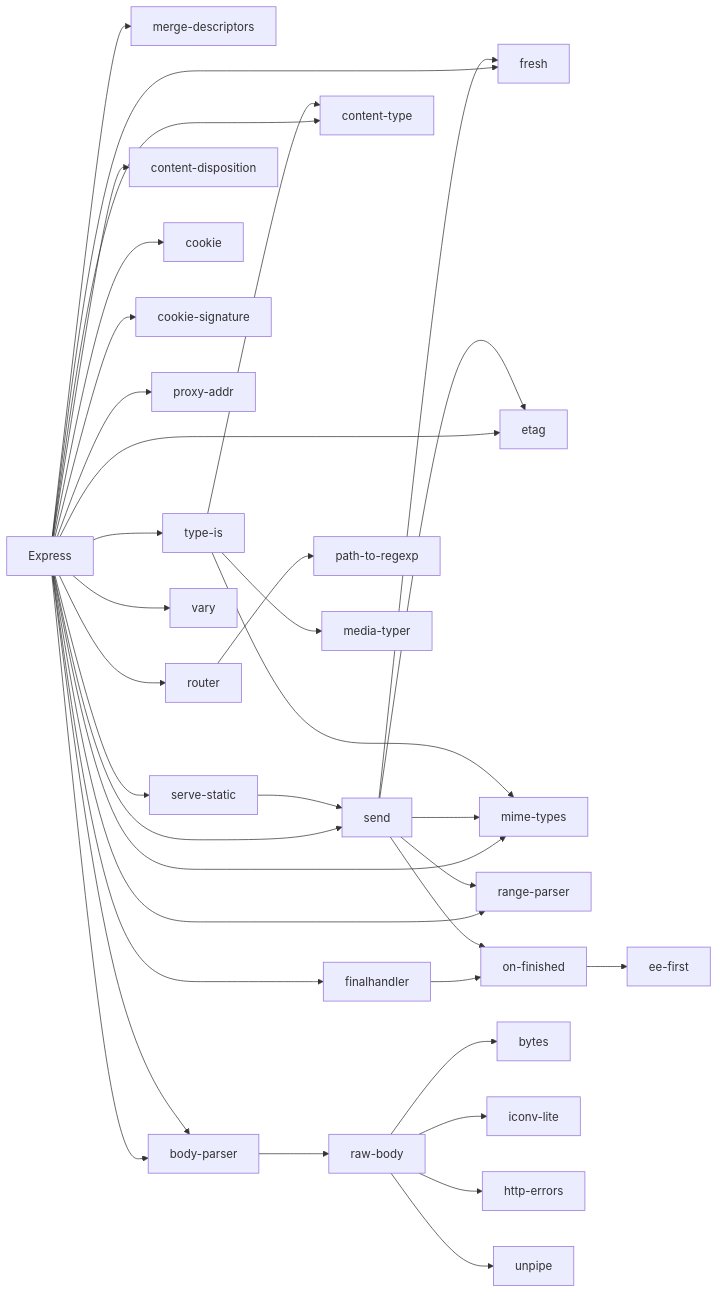
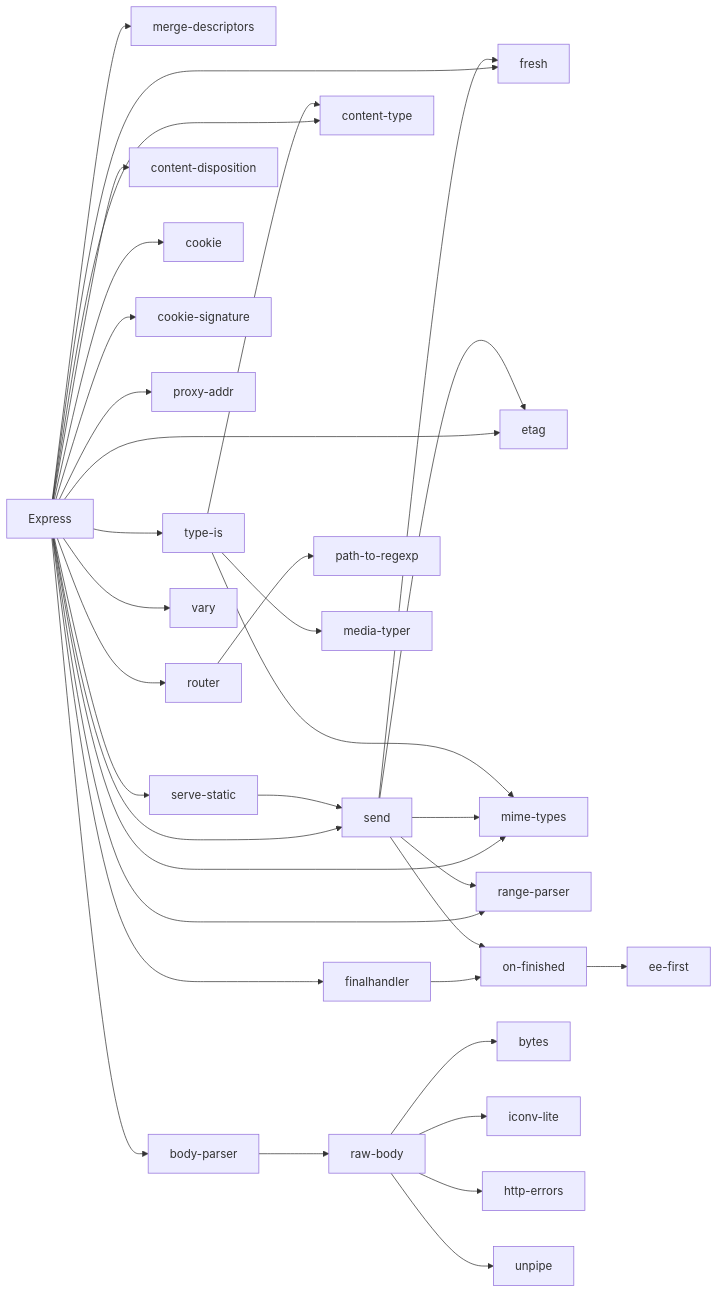
One commit to samuel871211/yusheng-tech-blog changed the first of 6 diagrams in docs/http/npm-http-chain-1.md. Above: the diagram before and after it, drawn with Mermaid.

Commit message:
remove duplicate chain

````diff
--- a/docs/http/npm-http-chain-1.md
+++ b/docs/http/npm-http-chain-1.md
@@ -10,44 +10,43 @@
 ```mermaid
 flowchart LR
     Express --> finalhandler
     Express --> merge-descriptors
     Express --> body-parser
     Express --> router
-    Express --> body-parser
     Express --> fresh
     Express --> content-type
     Express --> content-disposition
     Express --> cookie
     Express --> cookie-signature
     Express --> etag
     Express --> mime-types
     Express --> proxy-addr
     Express --> range-parser
     Express --> send
     Express --> serve-static
     Express --> type-is
     Express --> vary
 
     router --> path-to-regexp
     finalhandler --> on-finished
     on-finished --> ee-first
 
     send --> mime-types
     send --> range-parser
     send --> etag
     send --> fresh
     send --> on-finished
 
     type-is --> content-type
     type-is --> mime-types
     type-is --> media-typer
 
     serve-static --> send
 
     body-parser --> raw-body
 
     raw-body --> bytes
     raw-body --> iconv-lite
     raw-body --> http-errors
     raw-body --> unpipe
 ```
````
